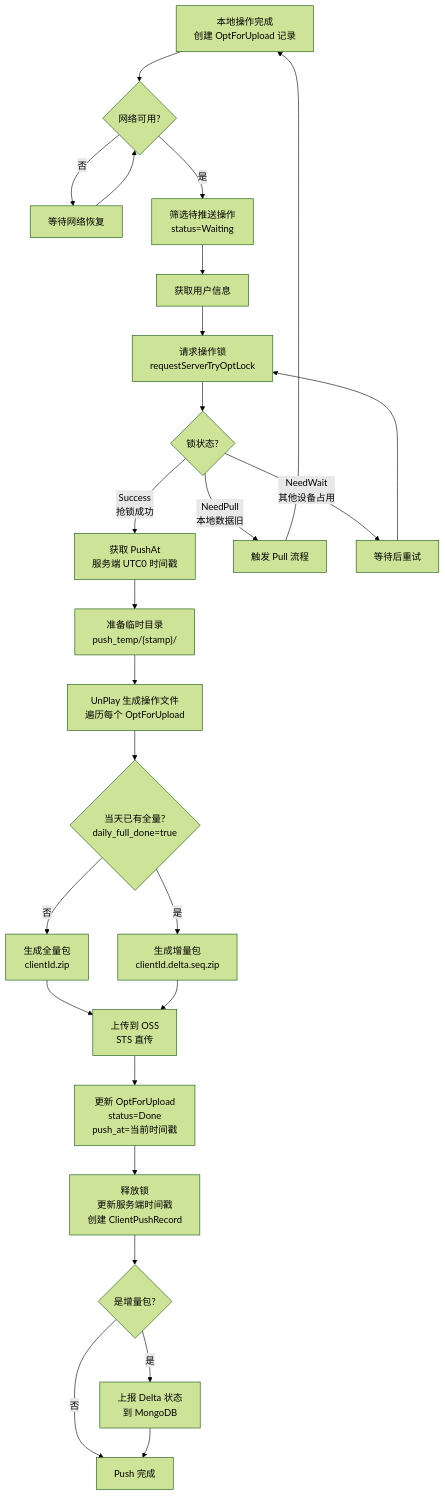
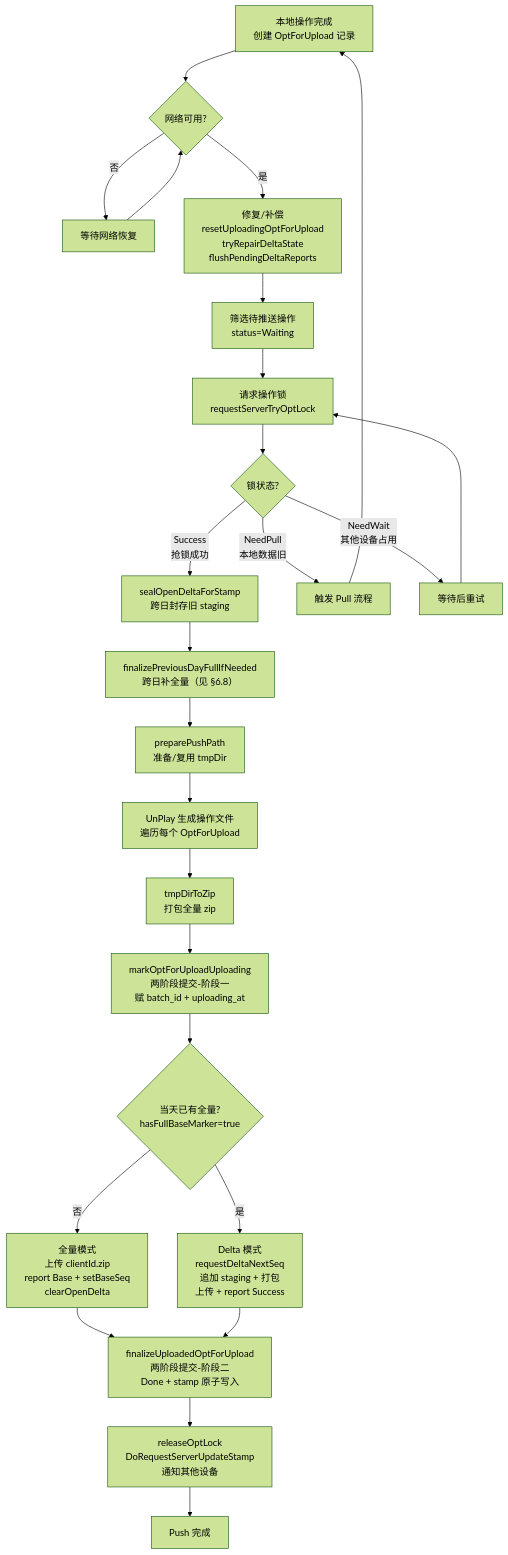
One commit to LucisXu/jotmo-skills changed the fourth of 33 diagrams in 多端同步流程图.md. Above: the diagram before and after it, drawn with Mermaid (forest theme). The commit also changed other lines of this file, not shown here.

````diff
--- a/多端同步流程图.md
+++ b/多端同步流程图.md
@@ -123,40 +129,42 @@
 ```mermaid
 flowchart TD
     Start["本地操作完成<br/>创建 OptForUpload 记录"] --> NetCheck{"网络可用?"}
 
     NetCheck -->|"否"| Wait["等待网络恢复"]
     Wait --> NetCheck
 
-    NetCheck -->|"是"| GetOpts["筛选待推送操作<br/>status=Waiting"]
-    GetOpts --> GetUser["获取用户信息"]
-    GetUser --> TryLock["请求操作锁<br/>requestServerTryOptLock"]
+    NetCheck -->|"是"| Repair["修复/补偿<br/>resetUploadingOptForUpload<br/>tryRepairDeltaState<br/>flushPendingDeltaReports"]
+
+    Repair --> GetOpts["筛选待推送操作<br/>status=Waiting"]
+    GetOpts --> TryLock["请求操作锁<br/>requestServerTryOptLock"]
 
     TryLock --> LockResult{"锁状态?"}
 
-    LockResult -->|"Success<br/>抢锁成功"| GetPushAt["获取 PushAt<br/>服务端 UTC0 时间戳"]
+    LockResult -->|"Success<br/>抢锁成功"| Seal["sealOpenDeltaForStamp<br/>跨日封存旧 staging"]
     LockResult -->|"NeedPull<br/>本地数据旧"| DoPull["触发 Pull 流程"]
     LockResult -->|"NeedWait<br/>其他设备占用"| WaitRetry["等待后重试"]
 
     DoPull --> Start
     WaitRetry --> TryLock
 
-    GetPushAt --> PrepareDir["准备临时目录<br/>push_temp/{stamp}/"]
+    Seal --> CrossDay["finalizePreviousDayFullIfNeeded<br/>跨日补全量（见 §6.8）"]
+
+    CrossDay --> PrepareDir["preparePushPath<br/>准备/复用 tmpDir"]
     PrepareDir --> UnPlay["UnPlay 生成操作文件<br/>遍历每个 OptForUpload"]
 
-    UnPlay --> CheckDelta{"当天已有全量?<br/>daily_full_done=true"}
+    UnPlay --> PackZip["tmpDirToZip<br/>打包全量 zip"]
 
-    CheckDelta -->|"否"| GenFull["生成全量包<br/>clientId.zip"]
-    CheckDelta -->|"是"| GenDelta["生成增量包<br/>clientId.delta.seq.zip"]
+    PackZip --> Phase1["markOptForUploadUploading<br/>两阶段提交-阶段一<br/>赋 batch_id + uploading_at"]
 
-    GenFull --> Upload["上传到 OSS<br/>STS 直传"]
-    GenDelta --> Upload
+    Phase1 --> CheckDelta{"当天已有全量?<br/>hasFullBaseMarker=true"}
 
-    Upload --> UpdateStatus["更新 OptForUpload<br/>status=Done<br/>push_at=当前时间戳"]
+    CheckDelta -->|"否"| GenFull["全量模式<br/>上传 clientId.zip<br/>report Base + setBaseSeq<br/>clearOpenDelta"]
+    CheckDelta -->|"是"| GenDelta["Delta 模式<br/>requestDeltaNextSeq<br/>追加 staging + 打包<br/>上传 + report Success"]
 
-    UpdateStatus --> ReleaseLock["释放锁<br/>更新服务端时间戳<br/>创建 ClientPushRecord"]
+    GenFull --> Phase2["finalizeUploadedOptForUpload<br/>两阶段提交-阶段二<br/>Done + stamp 原子写入"]
+    GenDelta --> Phase2
 
-    ReleaseLock --> ReportDelta{"是增量包?"}
-    ReportDelta -->|"是"| Report["上报 Delta 状态<br/>到 MongoDB"]
-    ReportDelta -->|"否"| Done["Push 完成"]
-    Report --> Done
+    Phase2 --> Release["releaseOptLock<br/>DoRequestServerUpdateStamp<br/>通知其他设备"]
+
+    Release --> Done["Push 完成"]
 ```
````
